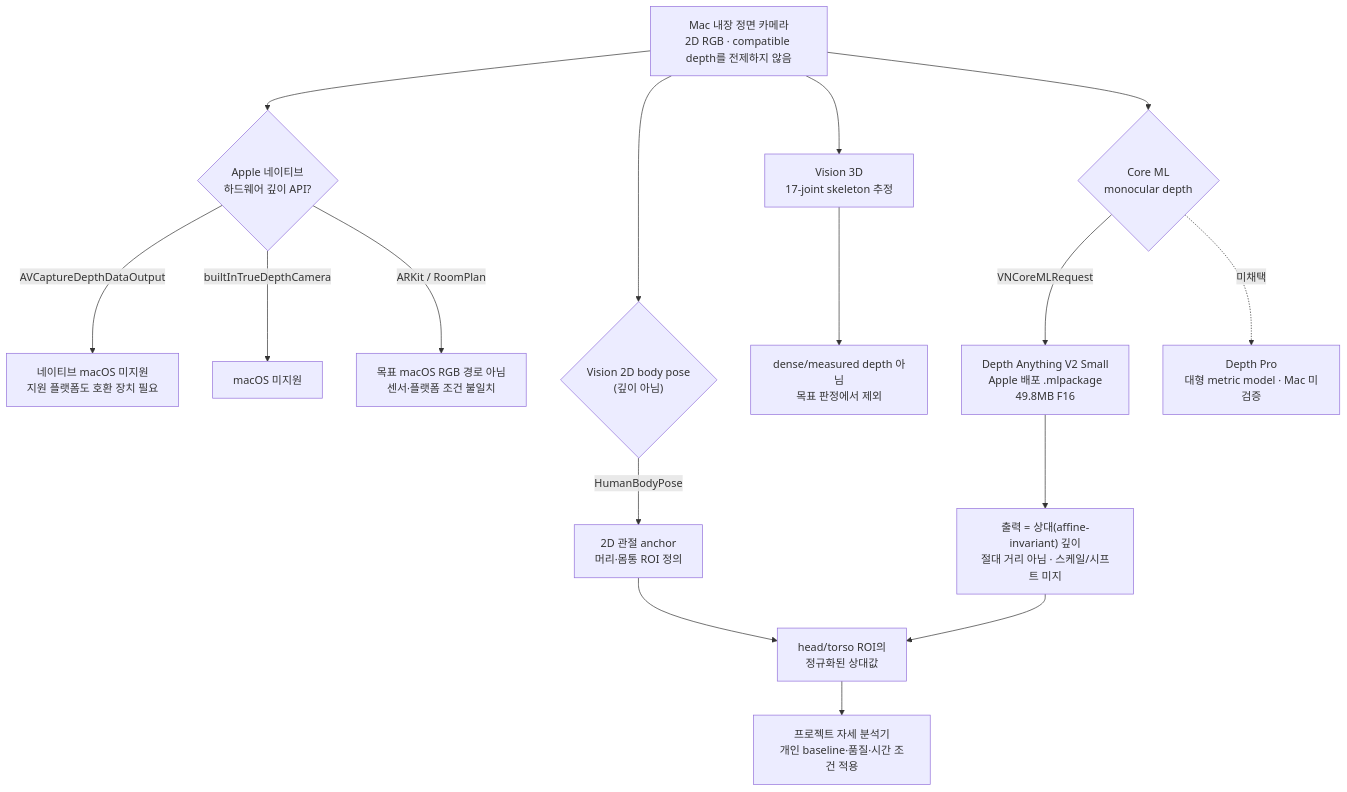
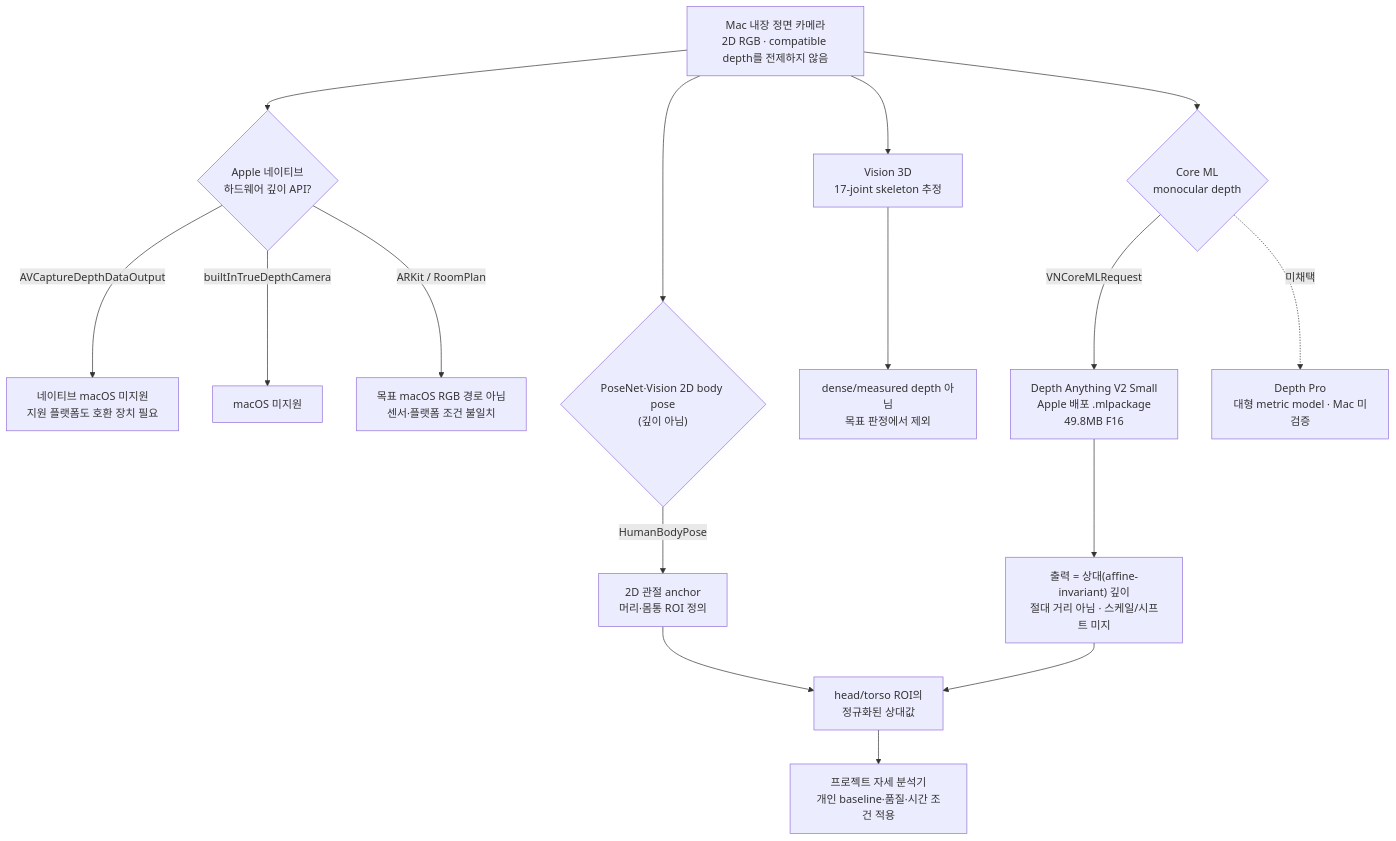
One commit to kimchanhyung98/turtlemeck changed the diagram in docs/depth-estimation/apple-vision-depth/README.md. Above: the diagram before and after it, drawn with Mermaid. The commit also changed other lines of this file and 37 other files, not shown here.

Commit message:
docs: adopt PoseNet-first pose path and add review reports

````diff
--- a/docs/depth-estimation/apple-vision-depth/README.md
+++ b/docs/depth-estimation/apple-vision-depth/README.md
@@ -18,23 +18,23 @@
 ```mermaid
 flowchart TD
     CAM["Mac 내장 정면 카메라<br/>2D RGB · compatible depth를 전제하지 않음"]
 
     CAM --> HW{"Apple 네이티브<br/>하드웨어 깊이 API?"}
     HW -->|"AVCaptureDepthDataOutput"| X1["네이티브 macOS 미지원<br/>지원 플랫폼도 호환 장치 필요"]
     HW -->|"builtInTrueDepthCamera"| X2["macOS 미지원"]
     HW -->|"ARKit / RoomPlan"| X3["목표 macOS RGB 경로 아님<br/>센서·플랫폼 조건 불일치"]
 
-    CAM --> SW{"Vision 2D body pose<br/>(깊이 아님)"}
+    CAM --> SW{"PoseNet·Vision 2D body pose<br/>(깊이 아님)"}
     SW -->|"HumanBodyPose"| POSE["2D 관절 anchor<br/>머리·몸통 ROI 정의"]
     CAM --> P3["Vision 3D<br/>17-joint skeleton 추정"]
     P3 --> X4["dense/measured depth 아님<br/>목표 판정에서 제외"]
 
     CAM --> ML{"Core ML<br/>monocular depth"}
     ML -->|"VNCoreMLRequest"| DA["Depth Anything V2 Small<br/>Apple 배포 .mlpackage<br/>49.8MB F16"]
     ML -.미채택.-> DP["Depth Pro<br/>대형 metric model · Mac 미검증"]
 
     DA --> REL["출력 = 상대(affine-invariant) 깊이<br/>절대 거리 아님 · 스케일/시프트 미지"]
     POSE --> POST["head/torso ROI의<br/>정규화된 상대값"]
     REL --> POST
     POST --> JUDGE["프로젝트 자세 분석기<br/>개인 baseline·품질·시간 조건 적용"]
 ```
````
